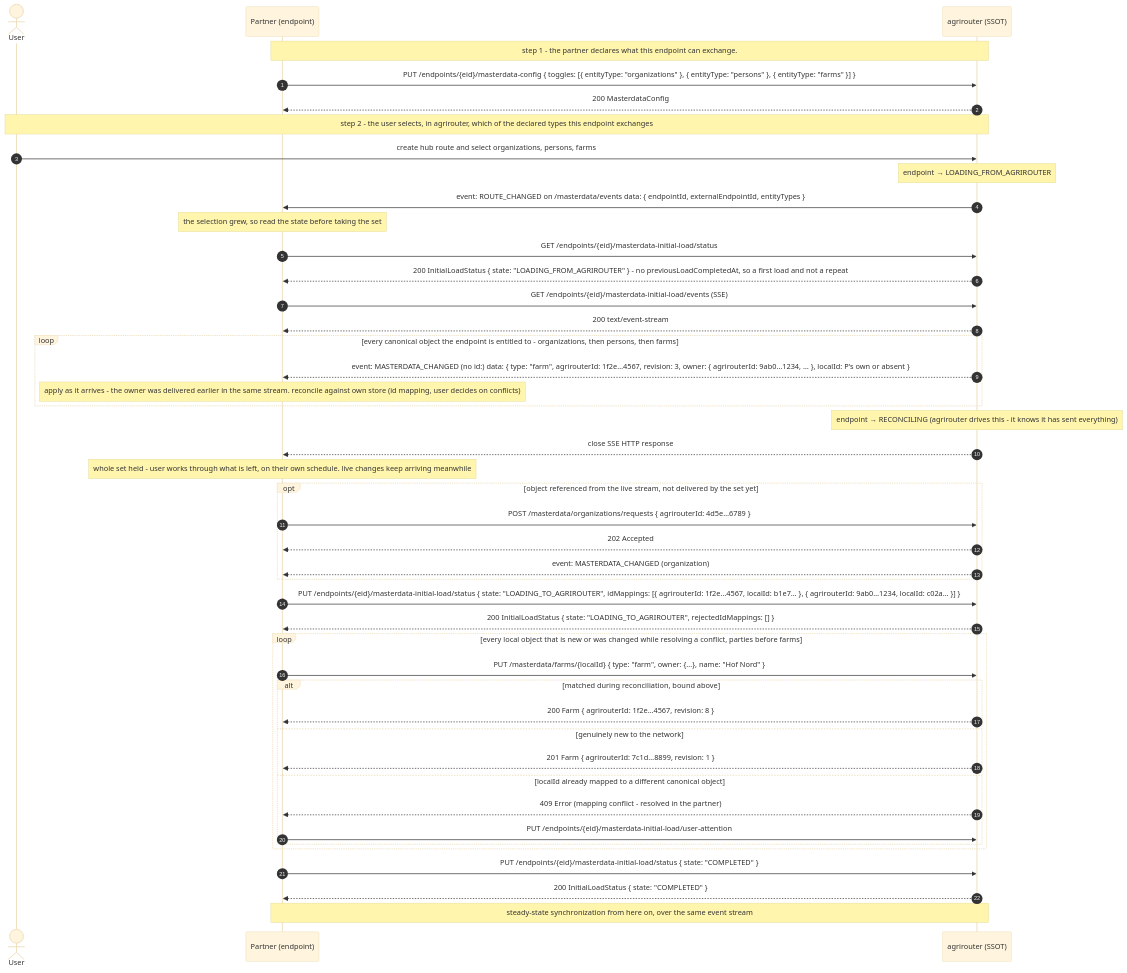
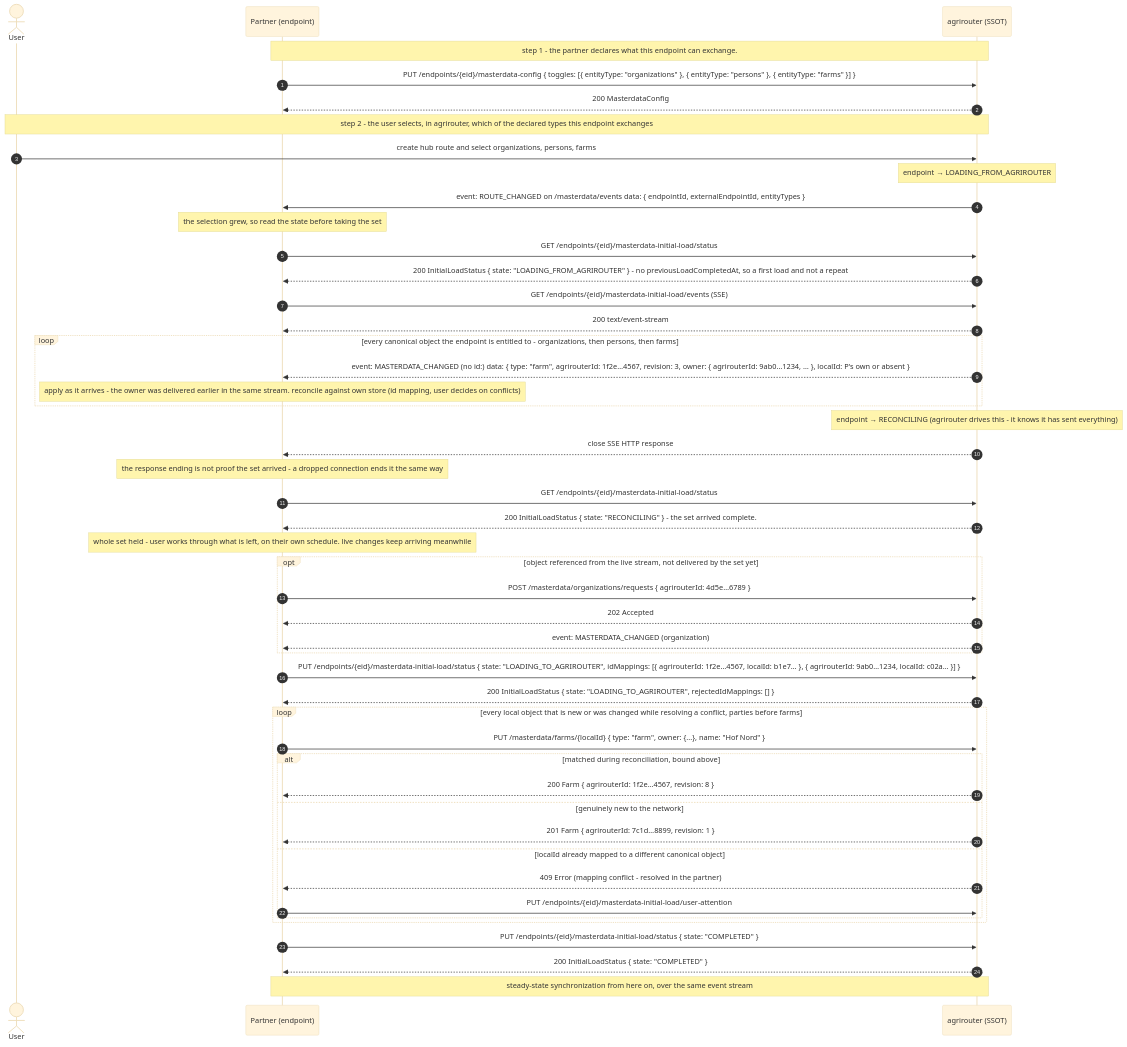
Before and after one commit to DKE-Data/masterdata-sync-working-group: the second of 3 diagrams in architecture/06-initial-load.md, drawn with Mermaid (base theme). The commit also changed other lines of this file and 2 other files, not shown here.

Commit message:
spec: initial load - advance state to RECONCILING before closing SSE steram

````diff
--- a/architecture/06-initial-load.md
+++ b/architecture/06-initial-load.md
@@ -94,53 +94,56 @@
 ```mermaid
 %% ceasg:{"id":"8xpvwi5e"} %%
 sequenceDiagram
     autonumber
     actor U as User
     participant P as Partner (endpoint)
     participant AR as agrirouter (SSOT)
 
     Note over P,AR: step 1 - the partner declares what this endpoint can exchange.
     P->>AR: PUT /endpoints/{eid}/masterdata-config { toggles: [{ entityType: "organizations" }, { entityType: "persons" }, { entityType: "farms" }] }
     AR-->>P: 200 MasterdataConfig
     Note over U,AR: step 2 - the user selects, in agrirouter, which of the declared types this endpoint exchanges
     U->>AR: create hub route and select organizations, persons, farms
     Note over AR: endpoint → LOADING_FROM_AGRIROUTER
     AR->>P: event: ROUTE_CHANGED on /masterdata/events data: { endpointId, externalEndpointId, entityTypes }
 
     Note over P: the selection grew, so read the state before taking the set
     P->>AR: GET /endpoints/{eid}/masterdata-initial-load/status
     AR-->>P: 200 InitialLoadStatus { state: "LOADING_FROM_AGRIROUTER" } - no previousLoadCompletedAt, so a first load and not a repeat
     P->>AR: GET /endpoints/{eid}/masterdata-initial-load/events (SSE)
     AR-->>P: 200 text/event-stream
     loop every canonical object the endpoint is entitled to - organizations, then persons, then farms
         AR-->>P: event: MASTERDATA_CHANGED (no id:) data: { type: "farm", agrirouterId: 1f2e…4567, revision: 3, owner: { agrirouterId: 9ab0…1234, … }, localId: P's own or absent }
         Note over P: apply as it arrives - the owner was delivered earlier in the same stream. reconcile against own store (id mapping, user decides on conflicts)
     end
     Note over AR: endpoint → RECONCILING (agrirouter drives this - it knows it has sent everything)
     AR-->>P: close SSE HTTP response
+    Note over P: the response ending is not proof the set arrived - a dropped connection ends it the same way
+    P->>AR: GET /endpoints/{eid}/masterdata-initial-load/status
+    AR-->>P: 200 InitialLoadStatus { state: "RECONCILING" } - the set arrived complete.
     Note over P: whole set held - user works through what is left, on their own schedule. live changes keep arriving meanwhile
     opt object referenced from the live stream, not delivered by the set yet
         P->>AR: POST /masterdata/organizations/requests { agrirouterId: 4d5e…6789 }
         AR-->>P: 202 Accepted
         AR-->>P: event: MASTERDATA_CHANGED (organization)
     end
 
     P->>AR: PUT /endpoints/{eid}/masterdata-initial-load/status { state: "LOADING_TO_AGRIROUTER", idMappings: [{ agrirouterId: 1f2e…4567, localId: b1e7… }, { agrirouterId: 9ab0…1234, localId: c02a… }] }
     AR-->>P: 200 InitialLoadStatus { state: "LOADING_TO_AGRIROUTER", rejectedIdMappings: [] }
 
     loop every local object that is new or was changed while resolving a conflict, parties before farms
         P->>AR: PUT /masterdata/farms/{localId} { type: "farm", owner: {...}, name: "Hof Nord" }
         alt matched during reconciliation, bound above
             AR-->>P: 200 Farm { agrirouterId: 1f2e…4567, revision: 8 }
         else genuinely new to the network
             AR-->>P: 201 Farm { agrirouterId: 7c1d…8899, revision: 1 }
         else localId already mapped to a different canonical object
             AR-->>P: 409 Error (mapping conflict - resolved in the partner)
             P->>AR: PUT /endpoints/{eid}/masterdata-initial-load/user-attention
         end
     end
 
     P->>AR: PUT /endpoints/{eid}/masterdata-initial-load/status { state: "COMPLETED" }
     AR-->>P: 200 InitialLoadStatus { state: "COMPLETED" }
     Note over P,AR: steady-state synchronization from here on, over the same event stream
 ```
````
